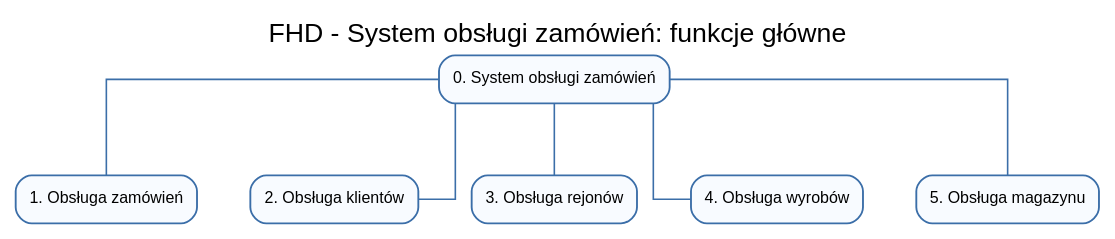
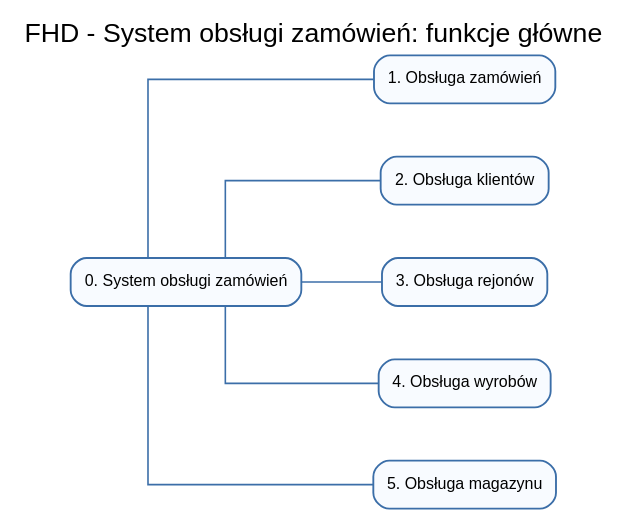
The diagram in inzynieria/cwiczenie_6_diagramy/fhd_01_glowne_funkcje.dot (kubatrojanowski538-create/prz), drawn with Graphviz before and after one commit. The commit also changed 24 other files, not shown here.

Commit message:
Refine lab 6 report and diagram layouts

```diff
--- a/inzynieria/cwiczenie_6_diagramy/fhd_01_glowne_funkcje.dot
+++ b/inzynieria/cwiczenie_6_diagramy/fhd_01_glowne_funkcje.dot
@@ -1,41 +1,41 @@
 digraph G {
   graph [
-    rankdir=TB,
+    rankdir=LR,
     splines=ortho,
     nodesep=0.55,
     ranksep=0.75,
     bgcolor="white",
     labelloc="t",
     label="FHD - System obsługi zamówień: funkcje główne",
     fontname="Arial",
     fontsize=20
   ];
   node [
     shape=box,
     style="rounded,filled",
     fillcolor="#f8fbff",
     color="#3b6ea8",
     penwidth=1.4,
     fontname="Arial",
     fontsize=12,
     margin="0.14,0.08"
   ];
   edge [
     color="#3b6ea8",
     arrowsize=0.6,
     arrowhead=none,
     penwidth=1.2
   ];
 
   "root" [label="0. System obsługi zamówień"];
   "f1" [label="1. Obsługa zamówień"];
   "f2" [label="2. Obsługa klientów"];
   "f3" [label="3. Obsługa rejonów"];
   "f4" [label="4. Obsługa wyrobów"];
   "f5" [label="5. Obsługa magazynu"];
   "root" -> "f1";
   "root" -> "f2";
   "root" -> "f3";
   "root" -> "f4";
   "root" -> "f5";
 }
```
